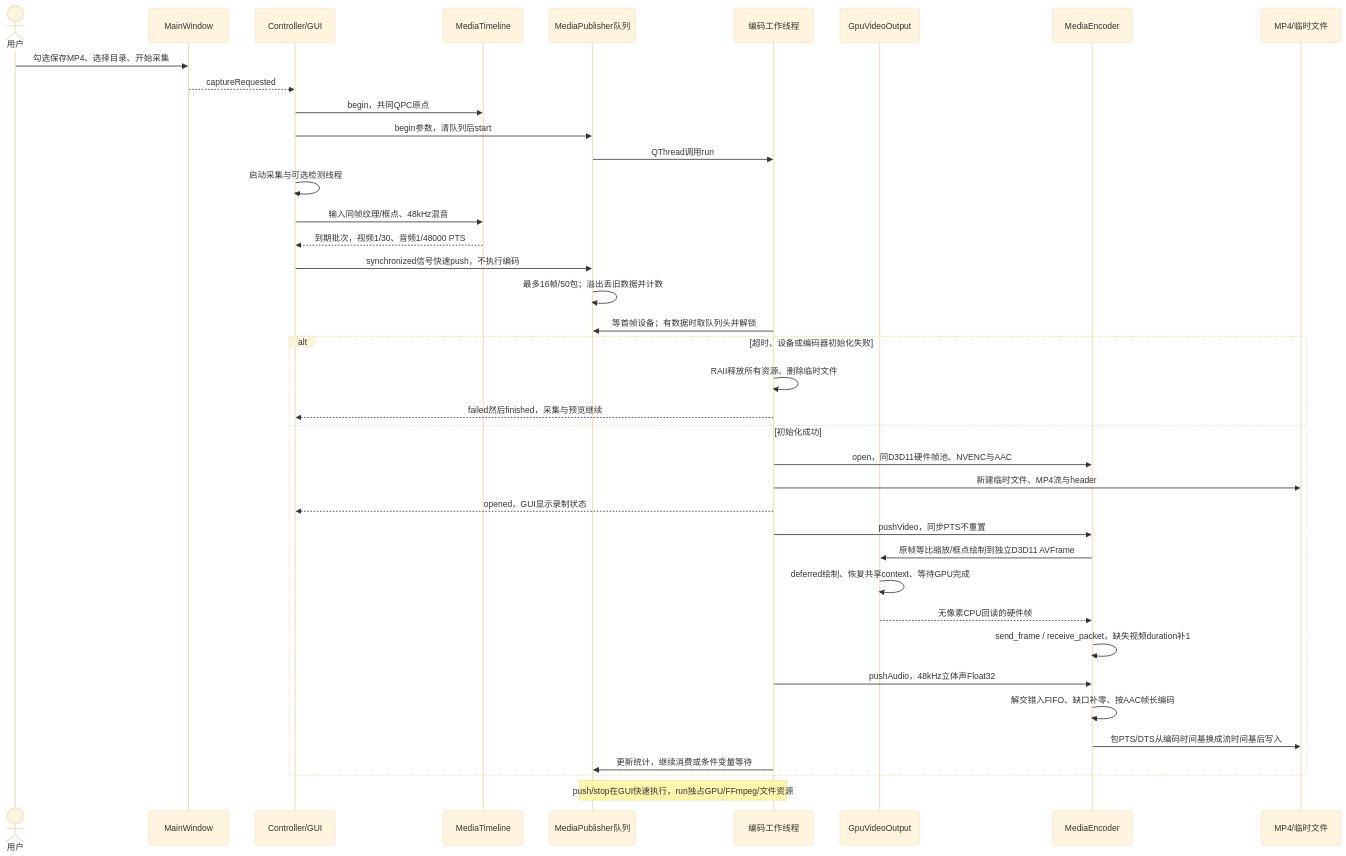
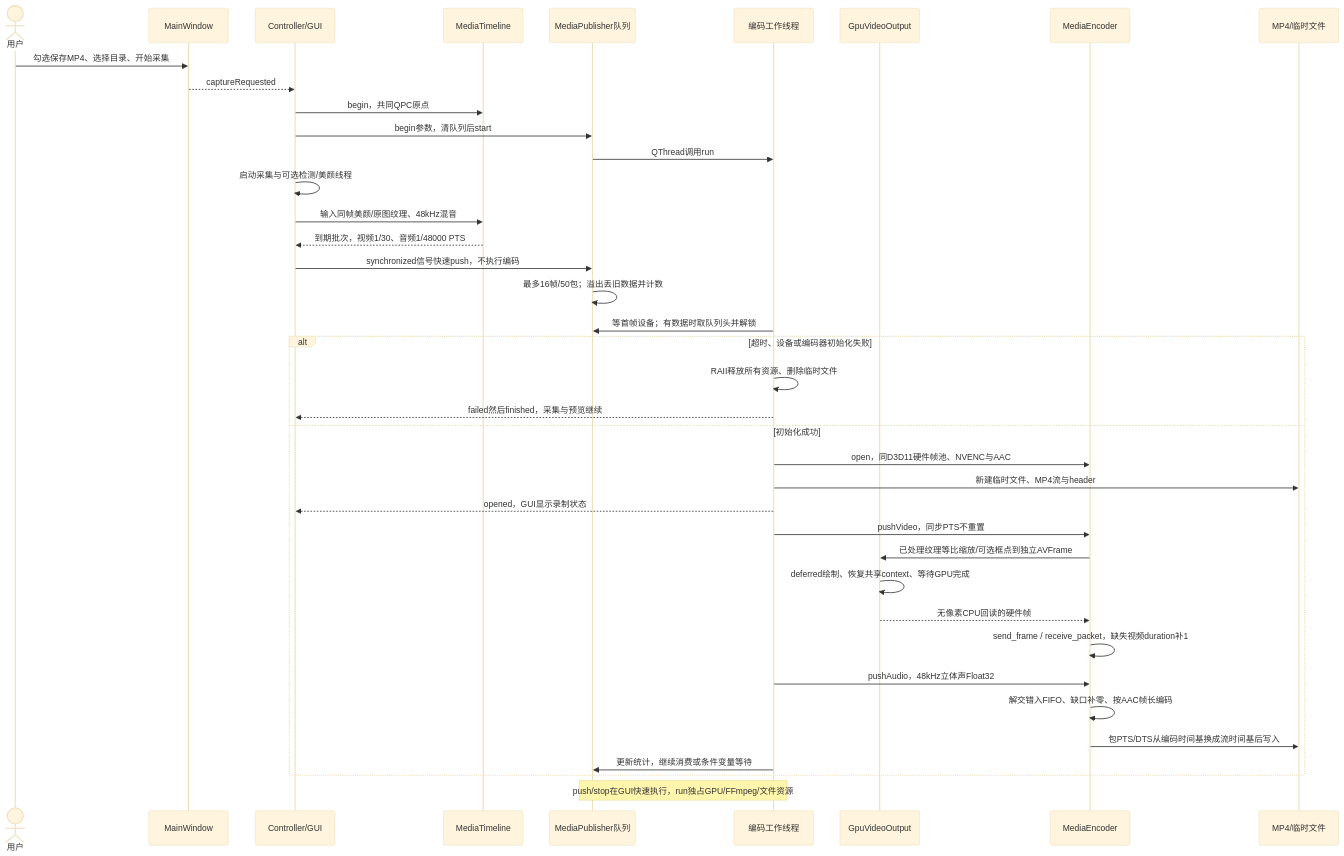
Before and after one commit to kingsman-svg/OBS: the diagram in docs/uml/ffmpeg-record.mmd, drawn with Mermaid (base theme). The commit also changed 34 other files, not shown here.

```diff
--- a/docs/uml/ffmpeg-record.mmd
+++ b/docs/uml/ffmpeg-record.mmd
@@ -1,39 +1,39 @@
 sequenceDiagram
 actor U as 用户
 participant V as MainWindow
 participant C as Controller/GUI
 participant T as MediaTimeline
 participant P as MediaPublisher队列
 participant W as 编码工作线程
 participant G as GpuVideoOutput
 participant E as MediaEncoder
 participant M as MP4/临时文件
 U->>V: 勾选保存MP4、选择目录、开始采集
 V-->>C: captureRequested
 C->>T: begin，共同QPC原点
 C->>P: begin参数，清队列后start
 P->>W: QThread调用run
-C->>C: 启动采集与可选检测线程
-C->>T: 输入同帧纹理/框点、48kHz混音
+C->>C: 启动采集与可选检测/美颜线程
+C->>T: 输入同帧美颜/原图纹理、48kHz混音
 T-->>C: 到期批次，视频1/30、音频1/48000 PTS
 C->>P: synchronized信号快速push，不执行编码
 P->>P: 最多16帧/50包；溢出丢旧数据并计数
 W->>P: 等首帧设备；有数据时取队列头并解锁
 alt 超时、设备或编码器初始化失败
 W->>W: RAII释放所有资源、删除临时文件
 W-->>C: failed然后finished，采集与预览继续
 else 初始化成功
 W->>E: open，同D3D11硬件帧池、NVENC与AAC
 W->>M: 新建临时文件、MP4流与header
 W-->>C: opened，GUI显示录制状态
 W->>E: pushVideo，同步PTS不重置
-E->>G: 原帧等比缩放/框点绘制到独立D3D11 AVFrame
+E->>G: 已处理纹理等比缩放/可选框点到独立AVFrame
 G->>G: deferred绘制、恢复共享context、等待GPU完成
 G-->>E: 无像素CPU回读的硬件帧
 E->>E: send_frame / receive_packet，缺失视频duration补1
 W->>E: pushAudio，48kHz立体声Float32
 E->>E: 解交错入FIFO、缺口补零、按AAC帧长编码
 E->>M: 包PTS/DTS从编码时间基换成流时间基后写入
 W->>P: 更新统计，继续消费或条件变量等待
 end
 Note over P,W: push/stop在GUI快速执行，run独占GPU/FFmpeg/文件资源
```
